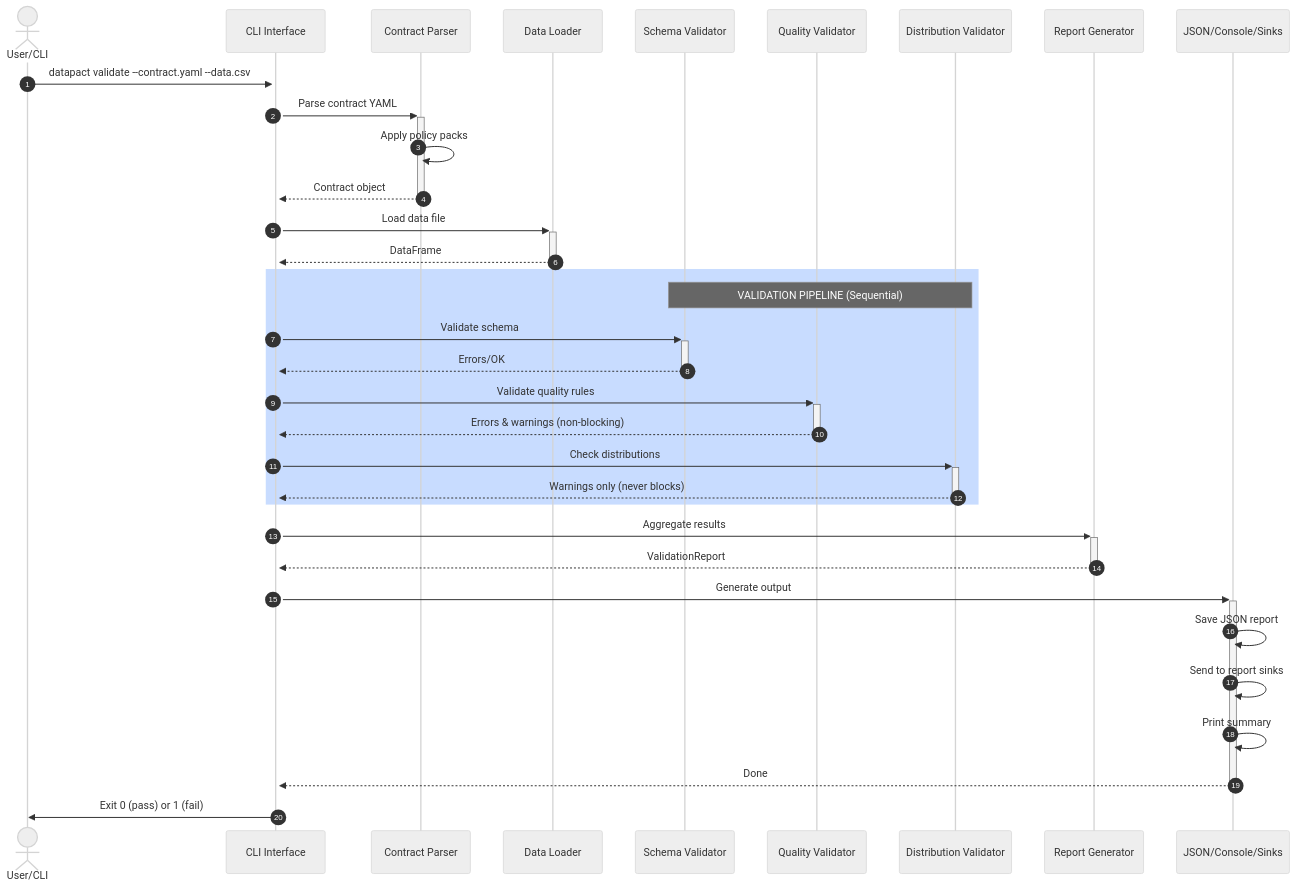
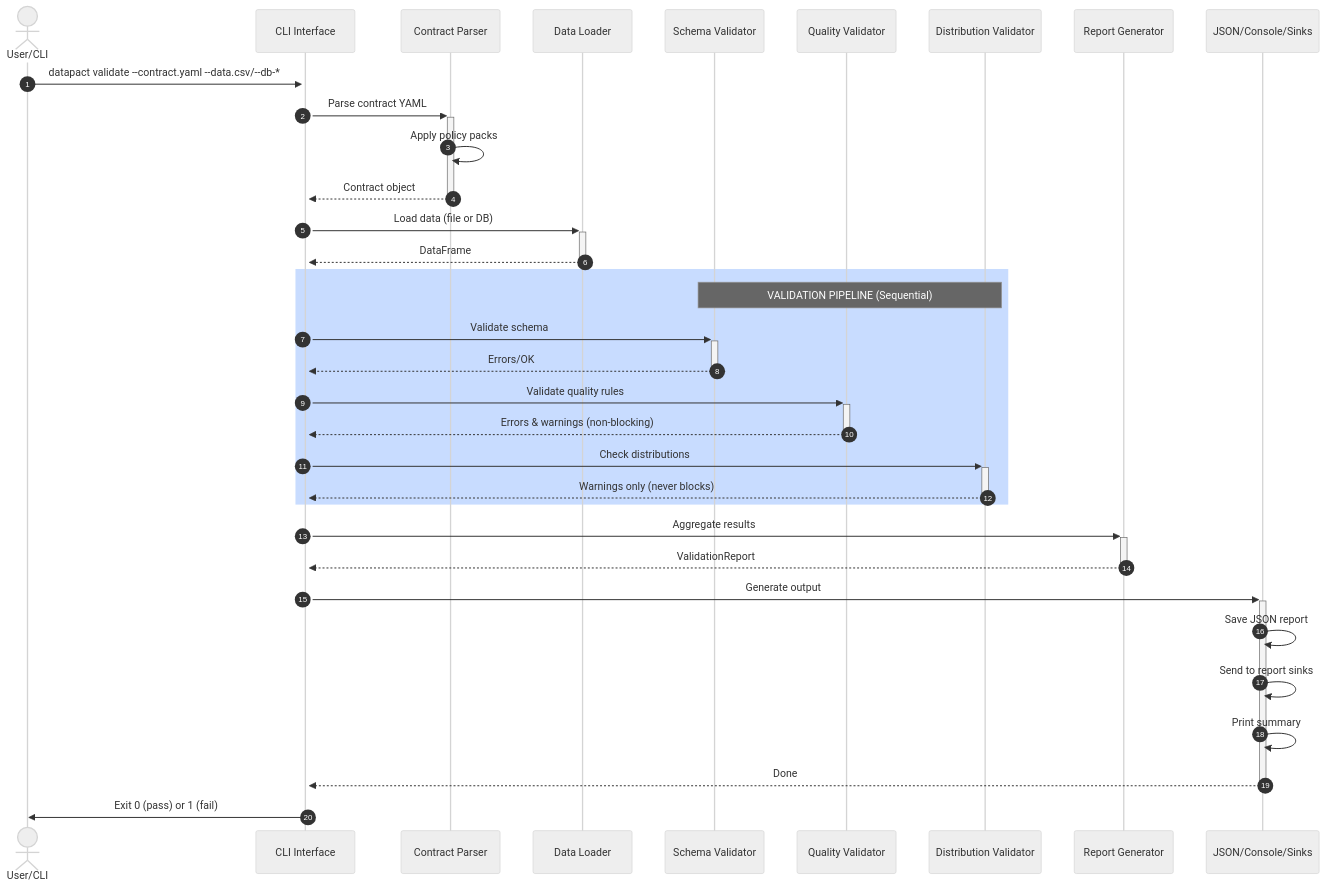
The diagram in docs/ARCHITECTURE.md (meetnishant/DataPact), drawn with Mermaid (neutral theme) before and after one commit. The commit also changed other lines of this file and 24 other files, not shown here.

````diff
--- a/docs/ARCHITECTURE.md
+++ b/docs/ARCHITECTURE.md
@@ -128,44 +129,44 @@
 ```mermaid
 sequenceDiagram
     autonumber
     actor User as User/CLI
     participant CLI as CLI Interface
     participant Parser as Contract Parser
     participant Loader as Data Loader
     participant Schema as Schema Validator
     participant Quality as Quality Validator
     participant Distribution as Distribution Validator
     participant Reporter as Report Generator
     participant Output as JSON/Console/Sinks
 
-    User->>+CLI: datapact validate --contract.yaml --data.csv
+    User->>+CLI: datapact validate --contract.yaml --data.csv/--db-*
     CLI->>+Parser: Parse contract YAML
     Parser->>Parser: Apply policy packs
     Parser-->>-CLI: Contract object
     
-    CLI->>+Loader: Load data file
+    CLI->>+Loader: Load data (file or DB)
     Loader-->>-CLI: DataFrame
     
     rect rgb(200, 220, 255)
     Note over Schema,Distribution: VALIDATION PIPELINE (Sequential)
     CLI->>+Schema: Validate schema
     Schema-->>-CLI: Errors/OK
     
     CLI->>+Quality: Validate quality rules
     Quality-->>-CLI: Errors & warnings (non-blocking)
     
     CLI->>+Distribution: Check distributions
     Distribution-->>-CLI: Warnings only (never blocks)
     end
     
     CLI->>+Reporter: Aggregate results
     Reporter-->>-CLI: ValidationReport
     
     CLI->>+Output: Generate output
     Output->>Output: Save JSON report
     Output->>Output: Send to report sinks
     Output->>Output: Print summary
     Output-->>-CLI: Done
     
     CLI->>User: Exit 0 (pass) or 1 (fail)
 ```
````
